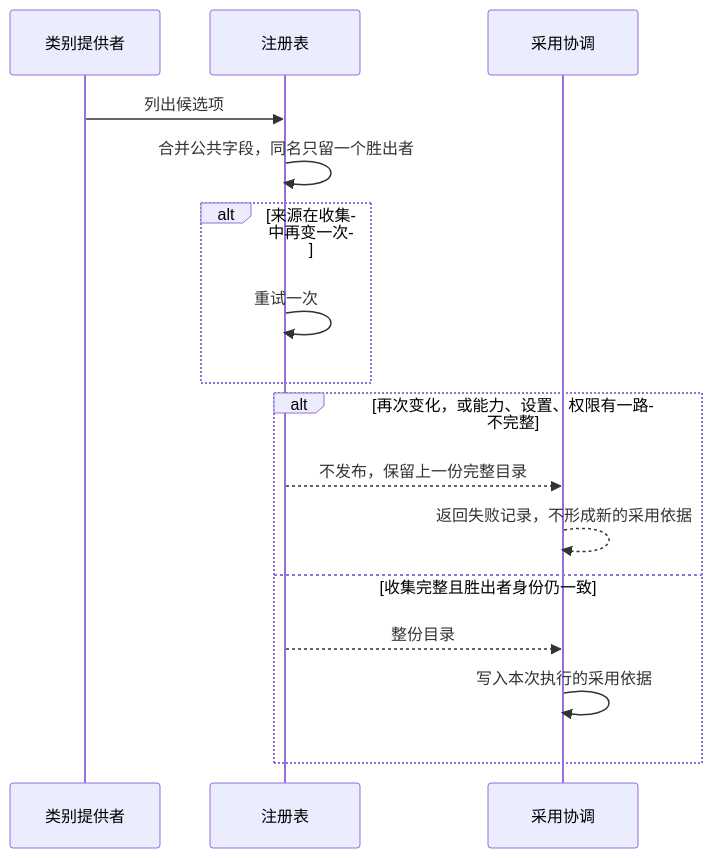
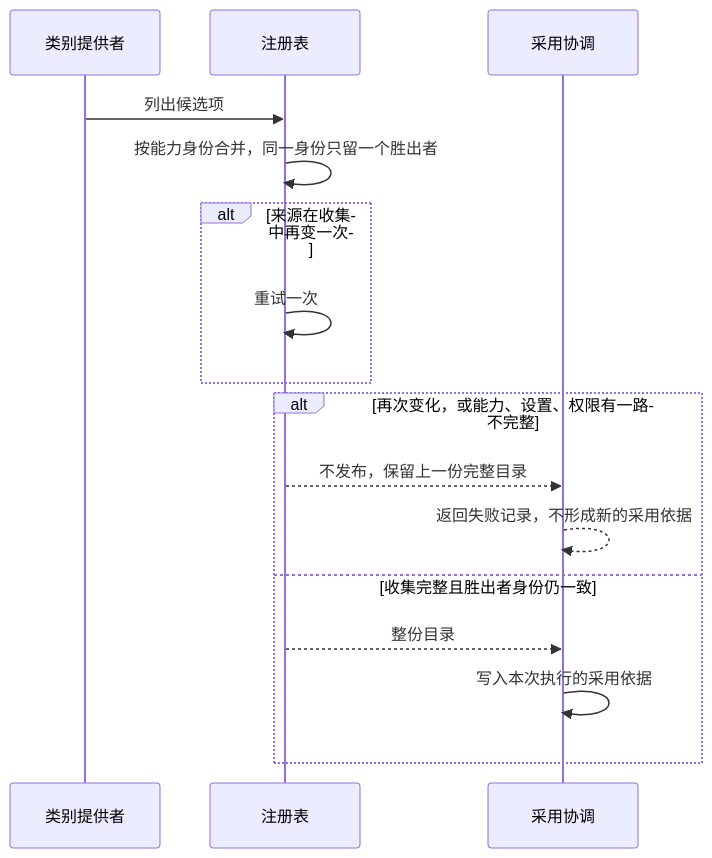
One commit to nemori-ai/omne-harness-lite changed the diagram in packages/assembly/assembly/SPEC.md. Above: the diagram before and after it, drawn with Mermaid. The commit also changed other lines of this file and 3 other files, not shown here.

````diff
--- a/packages/assembly/assembly/SPEC.md
+++ b/packages/assembly/assembly/SPEC.md
@@ -161,18 +163,18 @@
 ```mermaid
 sequenceDiagram
     participant P as 类别提供者
     participant R as 注册表
     participant A as 采用协调
     P->>R: 列出候选项
-    R->>R: 合并公共字段，同名只留一个胜出者
+    R->>R: 按能力身份合并，同一身份只留一个胜出者
     alt 来源在收集中再变一次
         R->>R: 重试一次
     end
     alt 再次变化，或能力、设置、权限有一路不完整
         R-->>A: 不发布，保留上一份完整目录
         A-->>A: 返回失败记录，不形成新的采用依据
     else 收集完整且胜出者身份仍一致
         R-->>A: 整份目录
         A->>A: 写入本次执行的采用依据
     end
 ```
````
